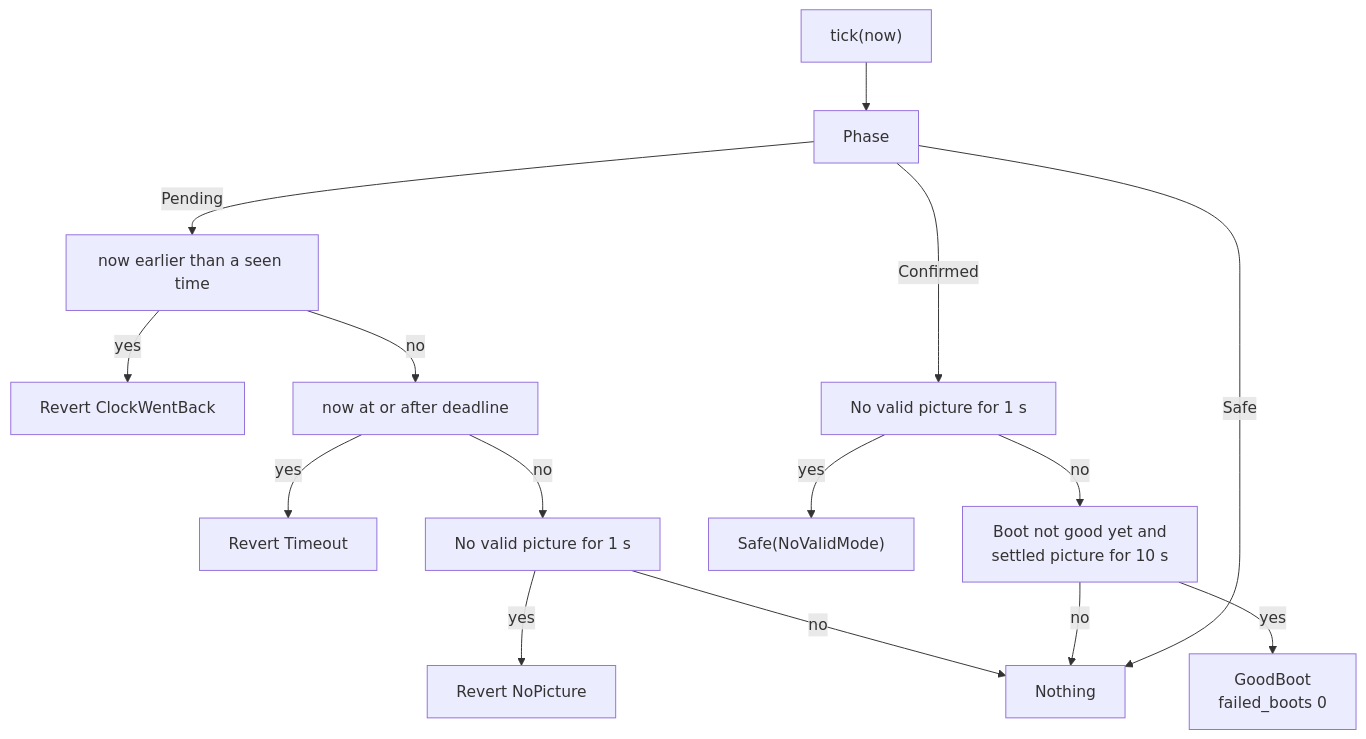
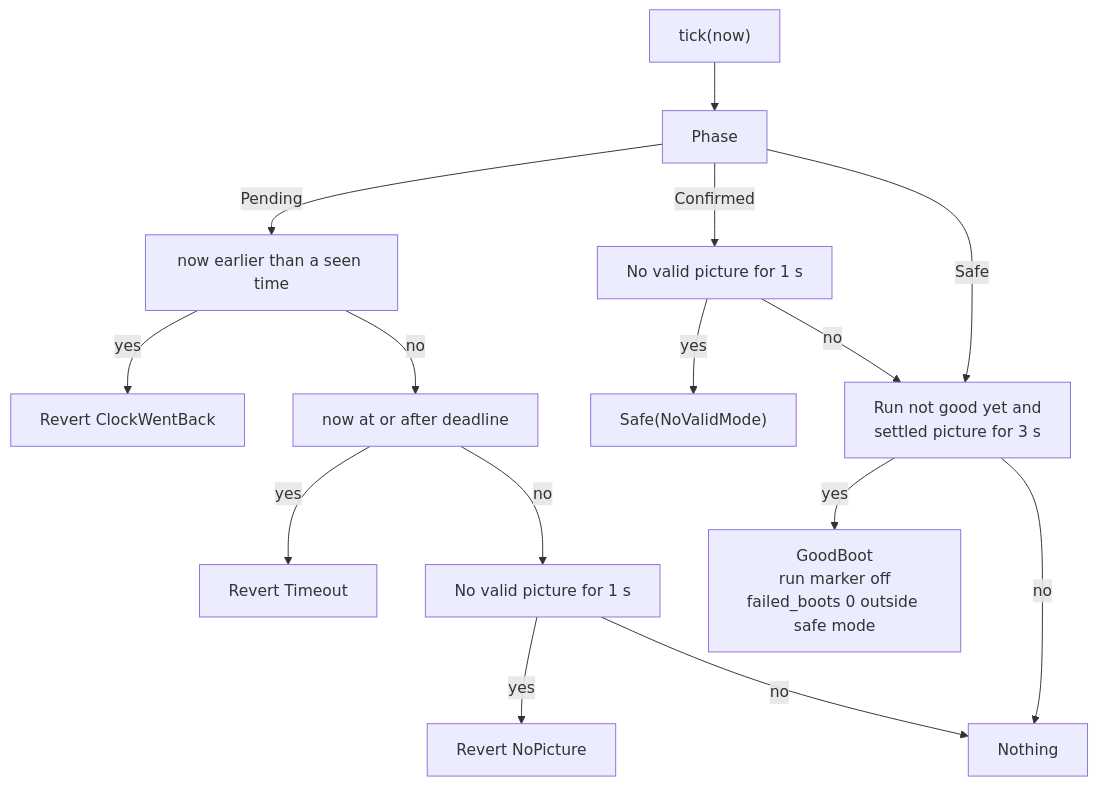
One commit to paologaleotti/neptron changed the fifth of 5 diagrams in docs/flows/03-guard.md. Above: the diagram before and after it, drawn with Mermaid. The commit also changed other lines of this file and 7 other files, not shown here.

````diff
--- a/docs/flows/03-guard.md
+++ b/docs/flows/03-guard.md
@@ -88,17 +95,17 @@
 ```mermaid
 flowchart TD
     A["tick(now)"] --> B["Phase"]
     B -->|"Pending"| C["now earlier than a seen time"]
     C -->|"yes"| R1["Revert ClockWentBack"]
     C -->|"no"| D["now at or after deadline"]
     D -->|"yes"| R2["Revert Timeout"]
     D -->|"no"| E["No valid picture for 1 s"]
     E -->|"yes"| R3["Revert NoPicture"]
     E -->|"no"| N["Nothing"]
     B -->|"Confirmed"| F["No valid picture for 1 s"]
     F -->|"yes"| S1["Safe(NoValidMode)"]
-    F -->|"no"| G["Boot not good yet and<br/>settled picture for 10 s"]
-    G -->|"yes"| GB["GoodBoot<br/>failed_boots 0"]
+    F -->|"no"| G["Run not good yet and<br/>settled picture for 3 s"]
+    G -->|"yes"| GB["GoodBoot<br/>run marker off<br/>failed_boots 0 outside safe mode"]
     G -->|"no"| N
-    B -->|"Safe"| N
+    B -->|"Safe"| G
 ```
````
